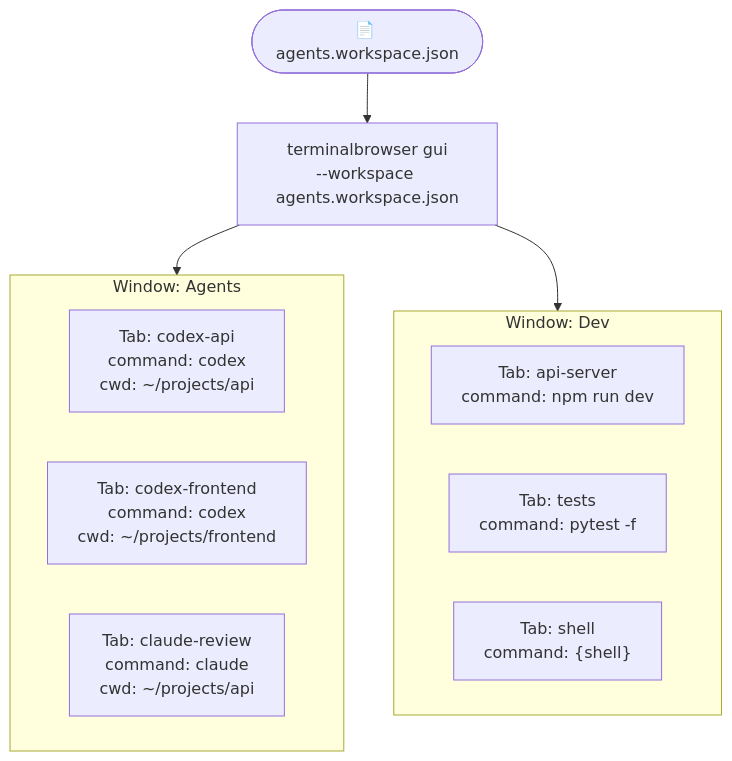
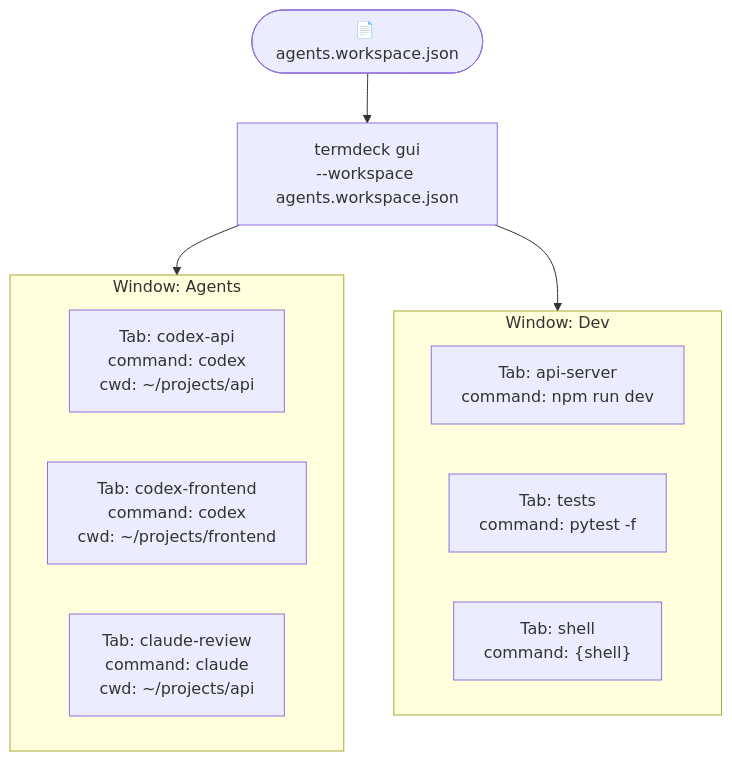
The second of 7 diagrams in docs/codex-claude-workflow.md (streetquant/TerminalBrowser), drawn with Mermaid before and after one commit. The commit also changed other lines of this file and 1 other file, not shown here.

Commit message:
fix: correct install instructions and CLI command (termdeck, not terminalbrowser)

````diff
--- a/docs/codex-claude-workflow.md
+++ b/docs/codex-claude-workflow.md
@@ -44,19 +44,19 @@
 ```mermaid
 flowchart TD
-    A(["📄 agents.workspace.json"]) --> B["terminalbrowser gui\n--workspace agents.workspace.json"]
+    A(["📄 agents.workspace.json"]) --> B["termdeck gui\n--workspace agents.workspace.json"]
 
     B --> W1
     B --> W2
 
     subgraph W1["Window: Agents"]
         T1["Tab: codex-api\ncommand: codex\ncwd: ~/projects/api"]
         T2["Tab: codex-frontend\ncommand: codex\ncwd: ~/projects/frontend"]
         T3["Tab: claude-review\ncommand: claude\ncwd: ~/projects/api"]
     end
 
     subgraph W2["Window: Dev"]
         T4["Tab: api-server\ncommand: npm run dev"]
         T5["Tab: tests\ncommand: pytest -f"]
         T6["Tab: shell\ncommand: {shell}"]
     end
 ```
````
